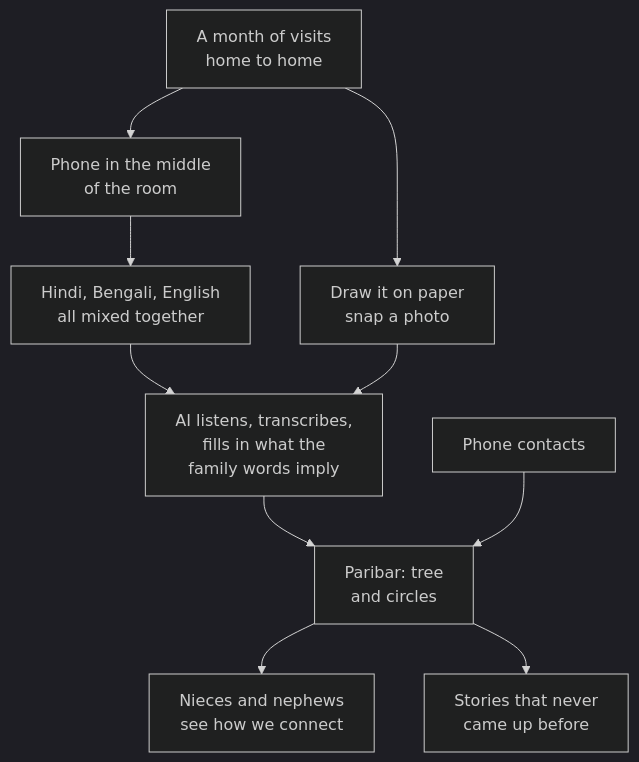
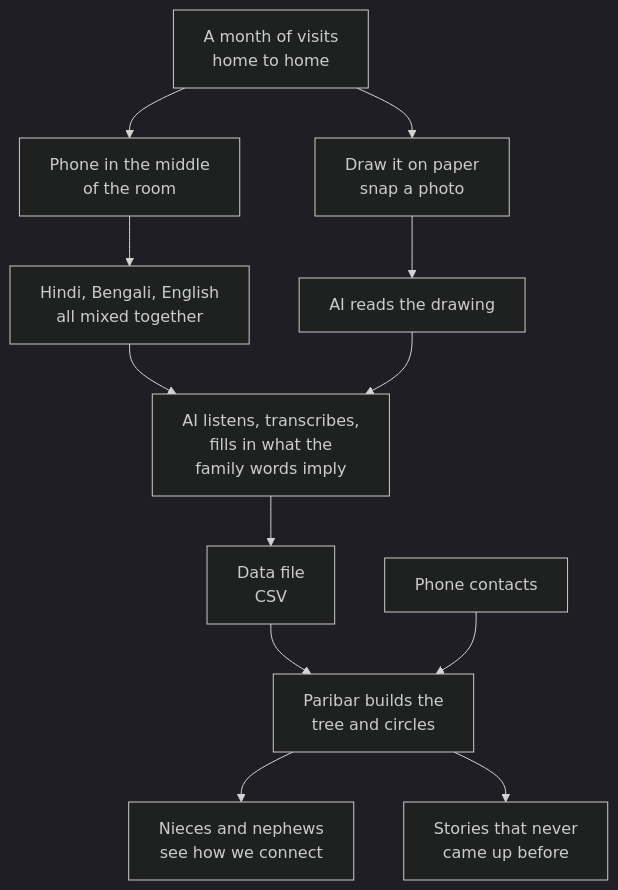
One commit to akaseahawk/paribar-family-tree changed the first of 7 diagrams in README.md. Above: the diagram before and after it, drawn with Mermaid (dark theme). The commit also changed other lines of this file and 9 other files, not shown here.

First line of the commit message:
v2.0.12: AI makes the data, Paribar makes the tree; stay-in-touch section

````diff
--- a/README.md
+++ b/README.md
@@ -15,12 +15,14 @@
 ```mermaid
 flowchart TD
   A["A month of visits<br/>home to home"] --> B["Draw it on paper<br/>snap a photo"]
   A --> C["Phone in the middle<br/>of the room"]
   C --> D["Hindi, Bengali, English<br/>all mixed together"]
   D --> E["AI listens, transcribes,<br/>fills in what the<br/>family words imply"]
-  B --> E
-  E --> F["Paribar: tree<br/>and circles"]
+  B --> R["AI reads the drawing"]
+  R --> E
+  E --> X["Data file<br/>CSV"]
+  X --> F["Paribar builds the<br/>tree and circles"]
   G["Phone contacts"] --> F
   F --> H["Nieces and nephews<br/>see how we connect"]
   F --> I["Stories that never<br/>came up before"]
 ```
````
